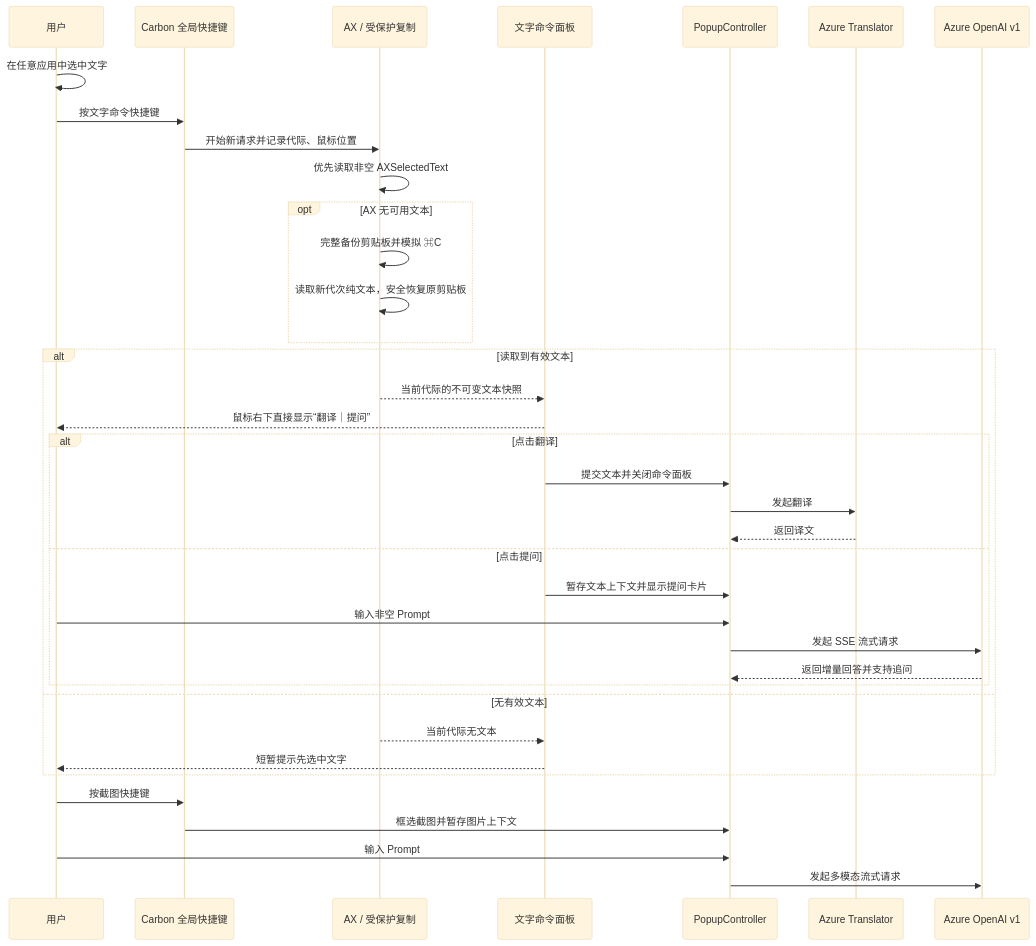
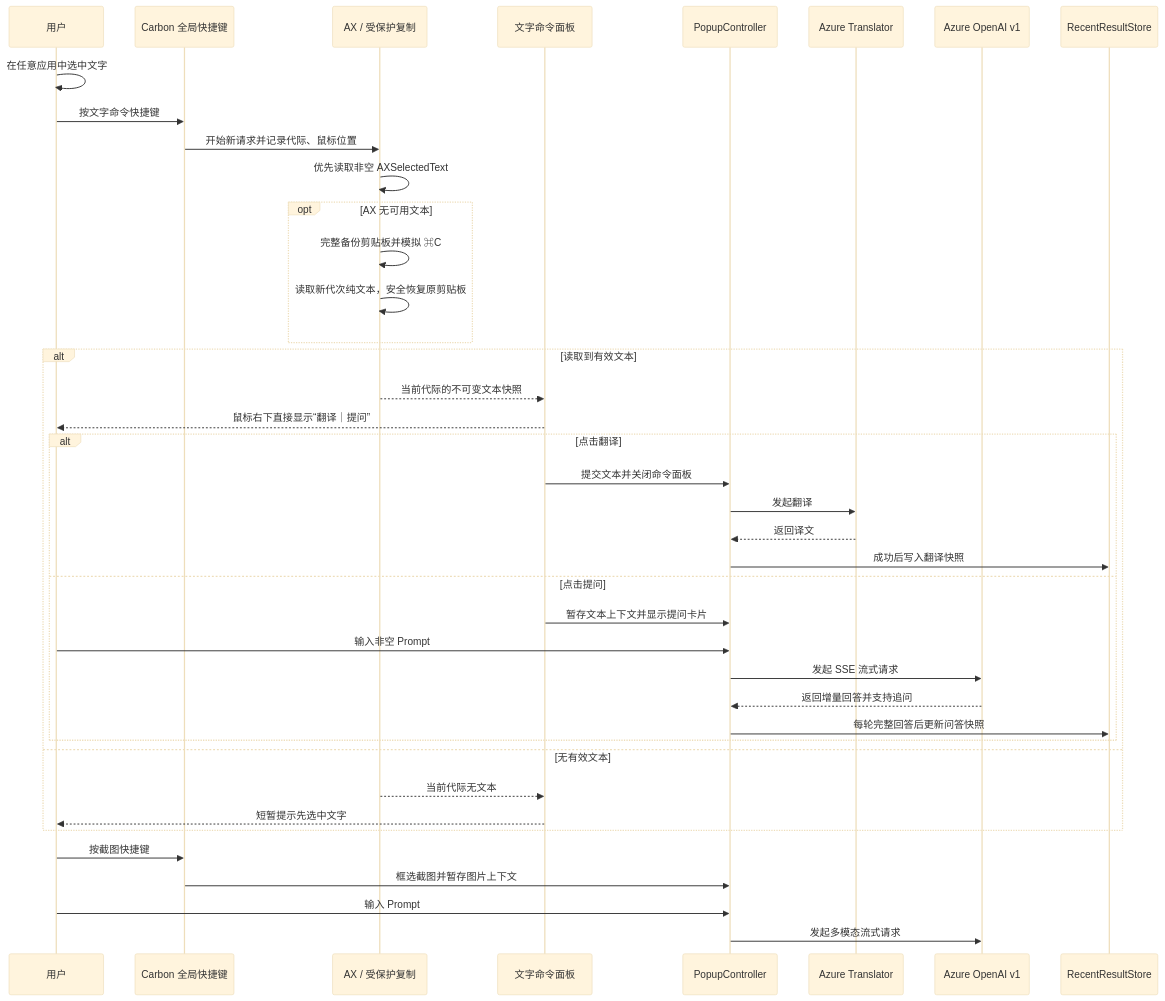
The second of 2 diagrams in docs/architecture/overview.md (Sofiawuh/Glint), drawn with Mermaid (base theme) before and after one commit. The commit also changed other lines of this file and 12 other files, not shown here.

````diff
--- a/docs/architecture/overview.md
+++ b/docs/architecture/overview.md
@@ -41,41 +43,44 @@
 ```mermaid
 sequenceDiagram
     participant User as 用户
     participant HotKey as Carbon 全局快捷键
     participant Reader as AX / 受保护复制
     participant Panel as 文字命令面板
     participant Popup as PopupController
     participant Translator as Azure Translator
     participant GPT as Azure OpenAI v1
+    participant History as RecentResultStore
 
     User->>User: 在任意应用中选中文字
     User->>HotKey: 按文字命令快捷键
     HotKey->>Reader: 开始新请求并记录代际、鼠标位置
     Reader->>Reader: 优先读取非空 AXSelectedText
     opt AX 无可用文本
         Reader->>Reader: 完整备份剪贴板并模拟 ⌘C
         Reader->>Reader: 读取新代次纯文本，安全恢复原剪贴板
     end
     alt 读取到有效文本
         Reader-->>Panel: 当前代际的不可变文本快照
         Panel-->>User: 鼠标右下直接显示“翻译｜提问”
         alt 点击翻译
             Panel->>Popup: 提交文本并关闭命令面板
             Popup->>Translator: 发起翻译
             Translator-->>Popup: 返回译文
+            Popup->>History: 成功后写入翻译快照
         else 点击提问
             Panel->>Popup: 暂存文本上下文并显示提问卡片
             User->>Popup: 输入非空 Prompt
             Popup->>GPT: 发起 SSE 流式请求
             GPT-->>Popup: 返回增量回答并支持追问
+            Popup->>History: 每轮完整回答后更新问答快照
         end
     else 无有效文本
         Reader-->>Panel: 当前代际无文本
         Panel-->>User: 短暂提示先选中文字
     end
 
     User->>HotKey: 按截图快捷键
     HotKey->>Popup: 框选截图并暂存图片上下文
     User->>Popup: 输入 Prompt
     Popup->>GPT: 发起多模态流式请求
 ```
````
